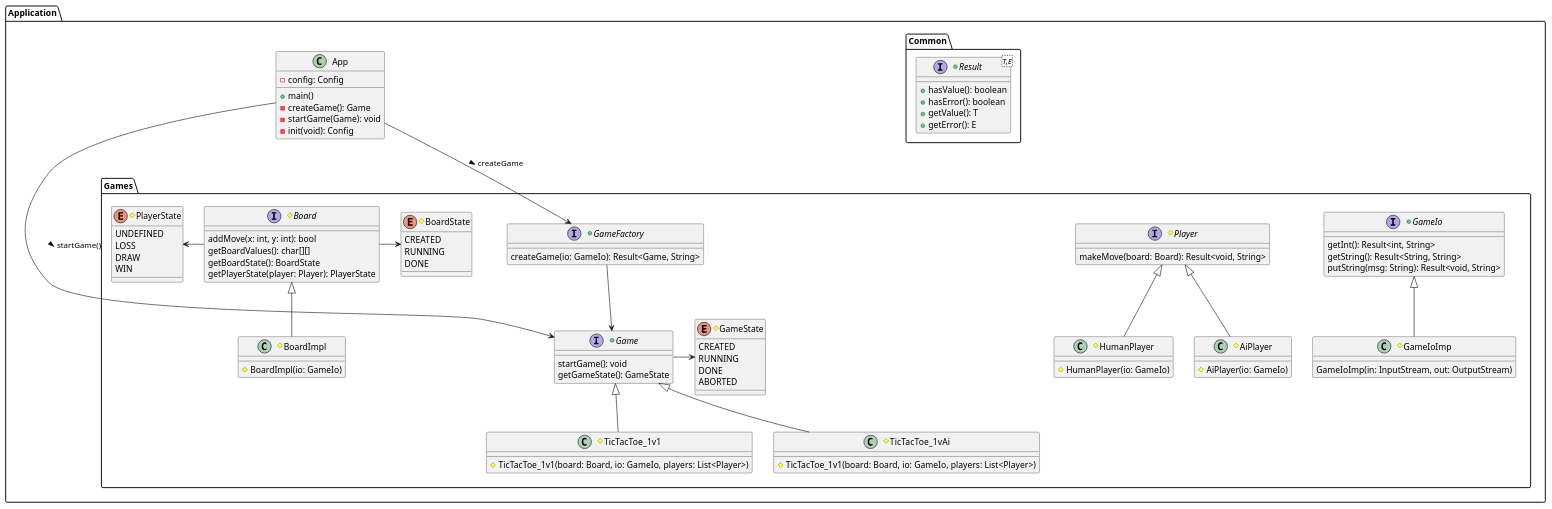
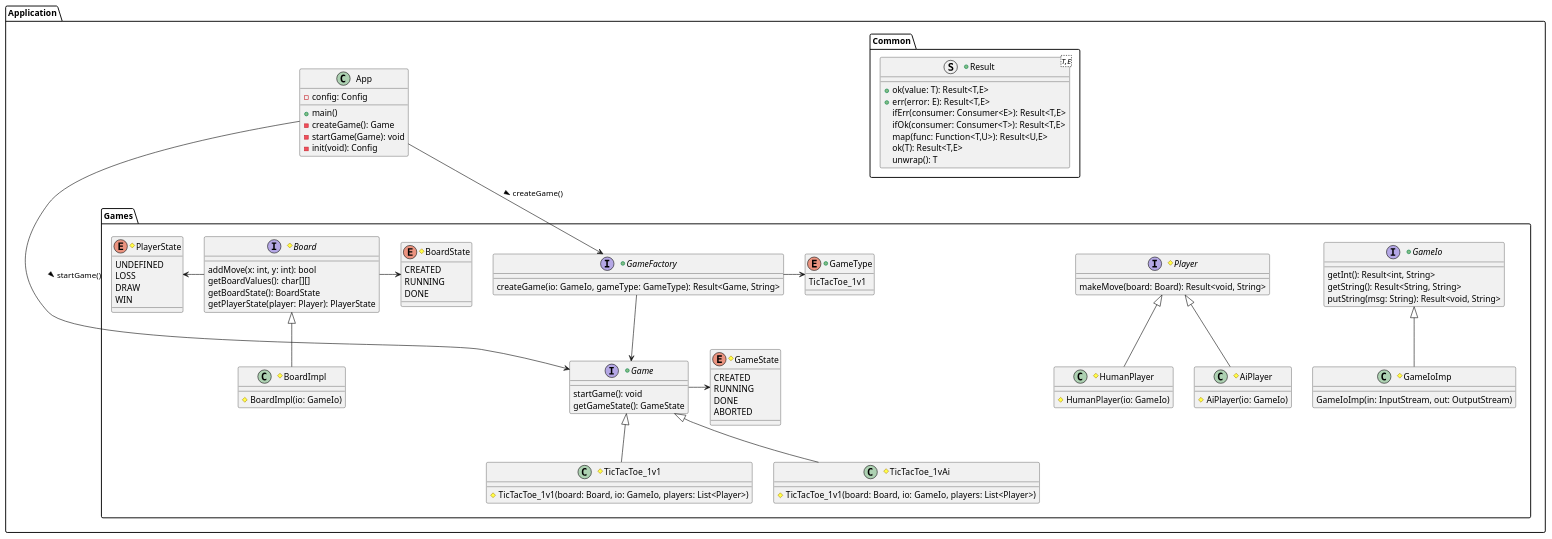
Before and after one commit to 1Mike3/S3_SLM_LuminousLabs: the diagram in project_documentation/architecture/architecture_01.puml, drawn with PlantUML. The commit also changed 9 other files, not shown here.

Commit message:
finished tests for GameFactoryImpl and added JavaDoc

```diff
--- a/project_documentation/architecture/architecture_01.puml
+++ b/project_documentation/architecture/architecture_01.puml
@@ -1,127 +1,137 @@
 @startuml 01
 
+' left to right direction
 
-package Application {
+    package Application {
 
         class App {
             -config: Config
             +main()
             -createGame(): Game
             -startGame(Game): void
             -init(void): Config
         }
 
 
     package Common {
-        +interface Result <T,E>{
-            +hasValue(): boolean
-            +hasError(): boolean
-            +getValue(): T
-            +getError(): E
+        +struct Result <T,E>{
+            +ok(value: T): Result<T,E>
+            +err(error: E): Result<T,E>
+            ifErr(consumer: Consumer<E>): Result<T,E>
+            ifOk(consumer: Consumer<T>): Result<T,E>
+            map(func: Function<T,U>): Result<U,E>
+            ok(T): Result<T,E>
+            unwrap(): T
         }
     }
 
     package Games {
-        
+        'Game
         together{
             +interface GameFactory {
-                createGame(io: GameIo): Result<Game, String>
+                createGame(io: GameIo, gameType: GameType): Result<Game, String>
             }
+
             +interface Game {
                 startGame(): void
                 getGameState(): GameState
+            }
+
+            +enum GameType{
+                TicTacToe_1v1
             }
 
             #enum GameState {
                 CREATED
                 RUNNING
                 DONE
                 ABORTED
             }
 
             #class TicTacToe_1v1 {
                 #TicTacToe_1v1(board: Board, io: GameIo, players: List<Player>)
             }
 
             #class TicTacToe_1vAi {
                 #TicTacToe_1v1(board: Board, io: GameIo, players: List<Player>)
             }
         }
 
+        'GameIO
         together{
             +interface GameIo {
                 getInt(): Result<int, String>
                 getString(): Result<String, String>
                 putString(msg: String): Result<void, String>
             }
 
             #class GameIoImp {
                 GameIoImp(in: InputStream, out: OutputStream)
             }
         }
 
+        'Player
         together{
             #interface Player {
                 makeMove(board: Board): Result<void, String>
             }
 
             #class HumanPlayer {
                 #HumanPlayer(io: GameIo)
             }    
             
             #class AiPlayer {
                 #AiPlayer(io: GameIo)
             }
 
         }
 
+        'Board
         together{
             #enum BoardState {
                 CREATED
                 RUNNING
                 DONE
             }
 
             #enum PlayerState {
                 UNDEFINED
                 LOSS
                 DRAW
                 WIN
             }
 
             #interface Board {
                 addMove(x: int, y: int): bool
                 getBoardValues(): char[][]
                 getBoardState(): BoardState
                 getPlayerState(player: Player): PlayerState
             }
 
             #class BoardImpl {
                 #BoardImpl(io: GameIo)
             }
         }
     }
 }
 
-
-App -down-> GameFactory : > createGame
+App -down-> GameFactory : > createGame()
 App -> Game : > startGame()
 
 GameFactory -down-> Game
+GameFactory -right-> GameType
 
 Game -right-> GameState 
 Game <|-down- TicTacToe_1v1 
 Game <|-down- TicTacToe_1vAi 
 
 Board -left-> PlayerState
 Board -right-> BoardState
 Board <|-down- BoardImpl
 
 GameIo <|-down- GameIoImp
 
 Player <|-down- HumanPlayer
 Player <|-down- AiPlayer
 
-
-
 @enduml
```
